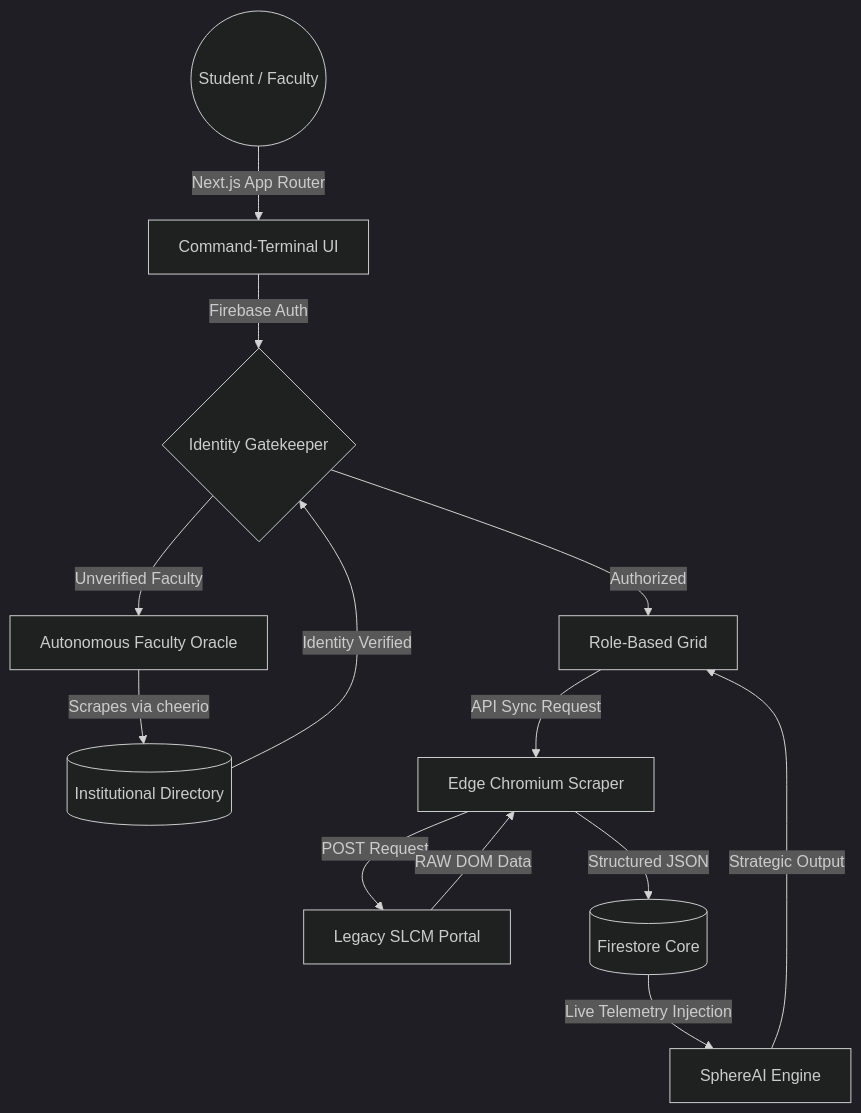
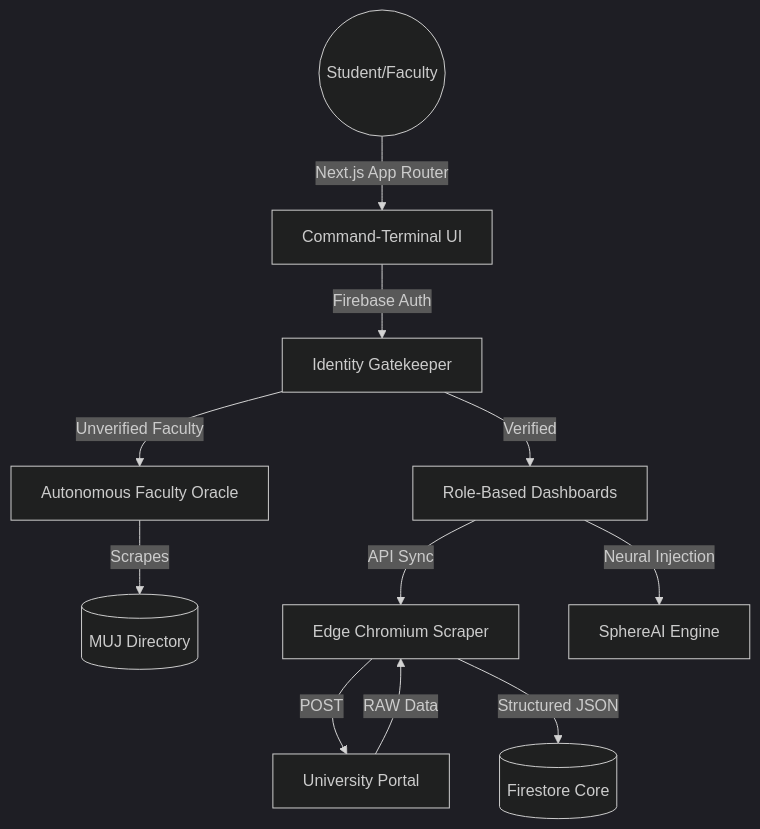
The diagram in README.md (shreybansal365/studentsphere), drawn with Mermaid (dark theme) before and after one commit. The commit also changed other lines of this file, not shown here.

````diff
--- a/README.md
+++ b/README.md
@@ -71,22 +69,13 @@
 ```mermaid
 graph TD
-    %% Core Users
-    User((Student / Faculty)) -->|Next.js App Router| Terminal[Command-Terminal UI]
-
-    %% Identity & Gateway
-    Terminal -->|Firebase Auth| Gatekeeper{Identity Gatekeeper}
+    User((Student/Faculty)) -->|Next.js App Router| Terminal[Command-Terminal UI]
+    Terminal -->|Firebase Auth| Gatekeeper[Identity Gatekeeper]
     Gatekeeper -->|Unverified Faculty| Oracle[Autonomous Faculty Oracle]
-    Oracle -->|Scrapes via cheerio| Directory[(Institutional Directory)]
-    Directory -->|Identity Verified| Gatekeeper
-
-    %% Dashboards & Data Engine
-    Gatekeeper -->|Authorized| Dashboard[Role-Based Grid]
-    Dashboard -->|API Sync Request| Scraper[Edge Chromium Scraper]
-    Scraper -->|POST Request| SLCM[Legacy SLCM Portal]
-    SLCM -->|RAW DOM Data| Scraper
+    Oracle -->|Scrapes| Directory[(MUJ Directory)]
+    Gatekeeper -->|Verified| Dashboard[Role-Based Dashboards]
+    Dashboard -->|API Sync| Scraper[Edge Chromium Scraper]
+    Scraper -->|POST| SLCM[University Portal]
+    SLCM -->|RAW Data| Scraper
     Scraper -->|Structured JSON| Firestore[(Firestore Core)]
-    
-    %% AI Overlay
-    Firestore -->|Live Telemetry Injection| AI[SphereAI Engine]
-    AI -->|Strategic Output| Dashboard
+    Dashboard -->|Neural Injection| AI[SphereAI Engine]
 ```
````
